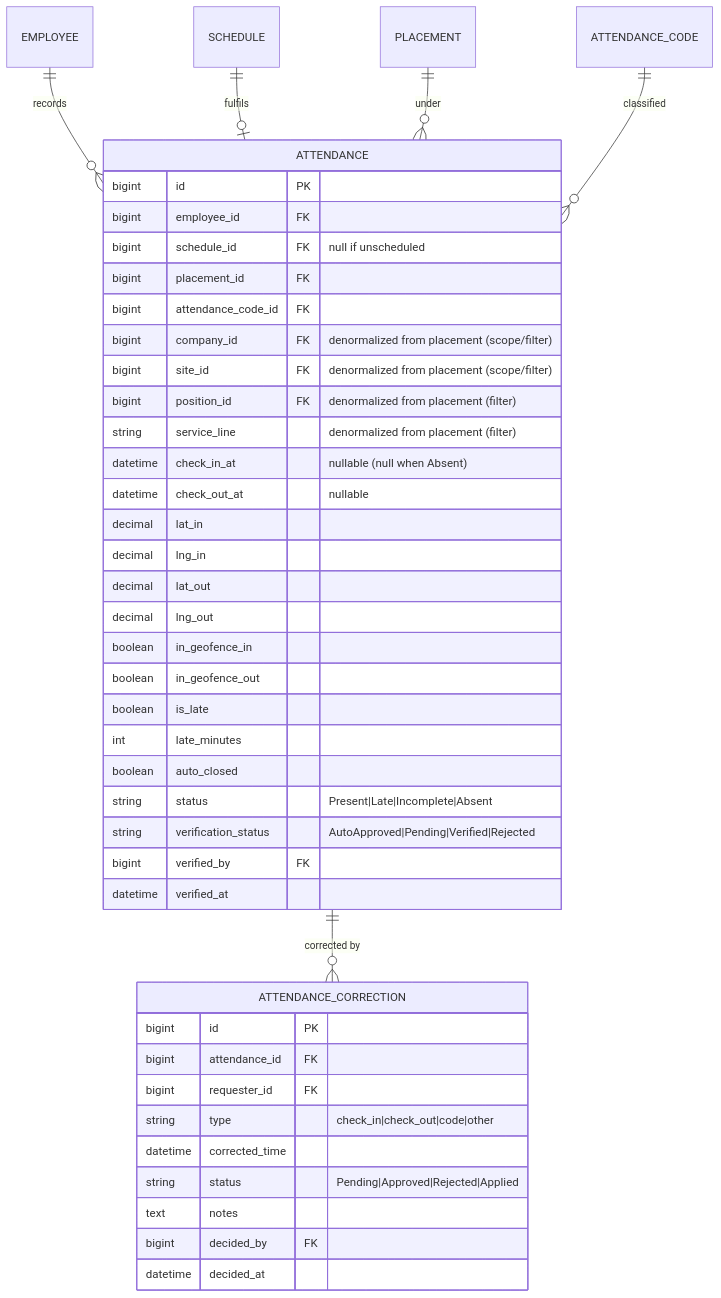
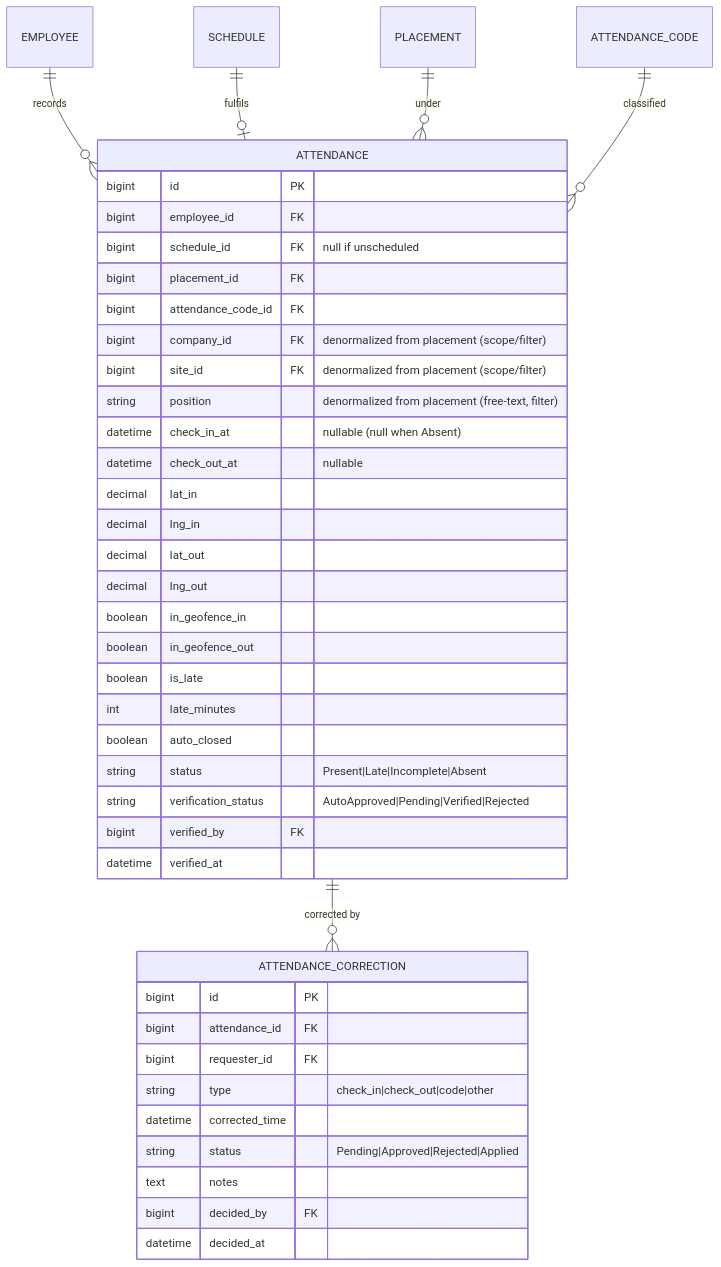
The first of 7 diagrams in docs/epics/E5-attendance/FEATURE.md (hariszaki17/hris-outsource), drawn with Mermaid before and after one commit. The commit also changed other lines of this file and 239 other files, not shown here.

First line of the commit message:
feat!: remove service line concept end-to-end

````diff
--- a/docs/epics/E5-attendance/FEATURE.md
+++ b/docs/epics/E5-attendance/FEATURE.md
@@ -28,46 +28,45 @@
 ```mermaid
 erDiagram
     EMPLOYEE ||--o{ ATTENDANCE : "records"
     SCHEDULE ||--o| ATTENDANCE : "fulfils"
     PLACEMENT ||--o{ ATTENDANCE : "under"
     ATTENDANCE_CODE ||--o{ ATTENDANCE : "classified"
     ATTENDANCE ||--o{ ATTENDANCE_CORRECTION : "corrected by"
 
     ATTENDANCE {
         bigint id PK
         bigint employee_id FK
         bigint schedule_id FK "null if unscheduled"
         bigint placement_id FK
         bigint attendance_code_id FK
         bigint company_id FK "denormalized from placement (scope/filter)"
         bigint site_id FK "denormalized from placement (scope/filter)"
-        bigint position_id FK "denormalized from placement (filter)"
-        string service_line "denormalized from placement (filter)"
+        string position "denormalized from placement (free-text, filter)"
         datetime check_in_at "nullable (null when Absent)"
         datetime check_out_at "nullable"
         decimal lat_in
         decimal lng_in
         decimal lat_out
         decimal lng_out
         boolean in_geofence_in
         boolean in_geofence_out
         boolean is_late
         int late_minutes
         boolean auto_closed
         string status "Present|Late|Incomplete|Absent"
         string verification_status "AutoApproved|Pending|Verified|Rejected"
         bigint verified_by FK
         datetime verified_at
     }
     ATTENDANCE_CORRECTION {
         bigint id PK
         bigint attendance_id FK
         bigint requester_id FK
         string type "check_in|check_out|code|other"
         datetime corrected_time
         string status "Pending|Approved|Rejected|Applied"
         text notes
         bigint decided_by FK
         datetime decided_at
     }
 ```
````
